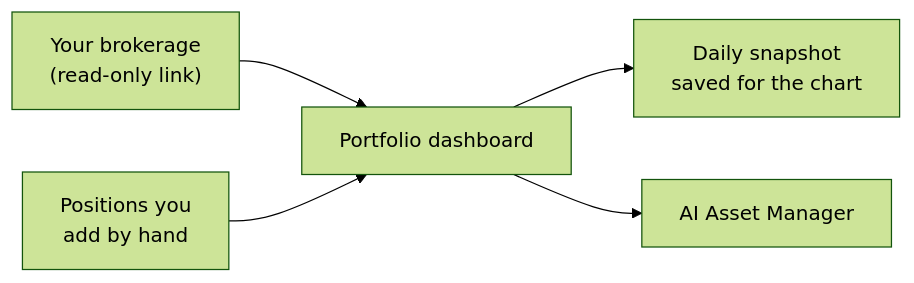
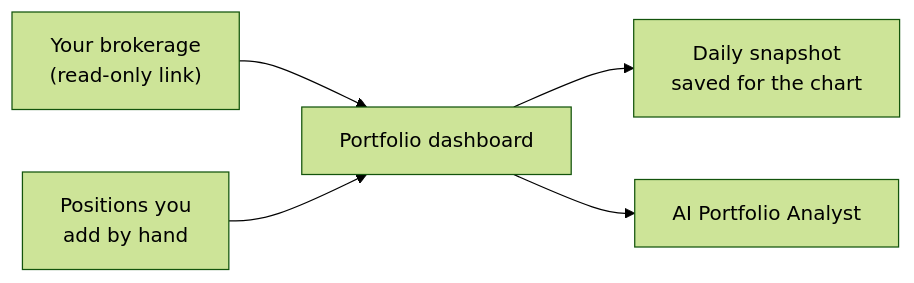
Before and after one commit to ishraq21/tradion-doc-site: the diagram in portfolio/overview.mdx, drawn with Mermaid (forest theme). The commit also changed other lines of this file and 20 other files, not shown here.

Commit message:
[docs] AI Asset Manager to AI Portfolio Analyst, with a 308 from the old path

````diff
--- a/portfolio/overview.mdx
+++ b/portfolio/overview.mdx
@@ -9,7 +9,7 @@
 ```mermaid
 flowchart LR
     A["Your brokerage<br/>(read-only link)"] --> C["Portfolio dashboard"]
     B["Positions you<br/>add by hand"] --> C
     C --> D["Daily snapshot<br/>saved for the chart"]
-    C --> E["AI Asset Manager"]
+    C --> E["AI Portfolio Analyst"]
 ```
````
